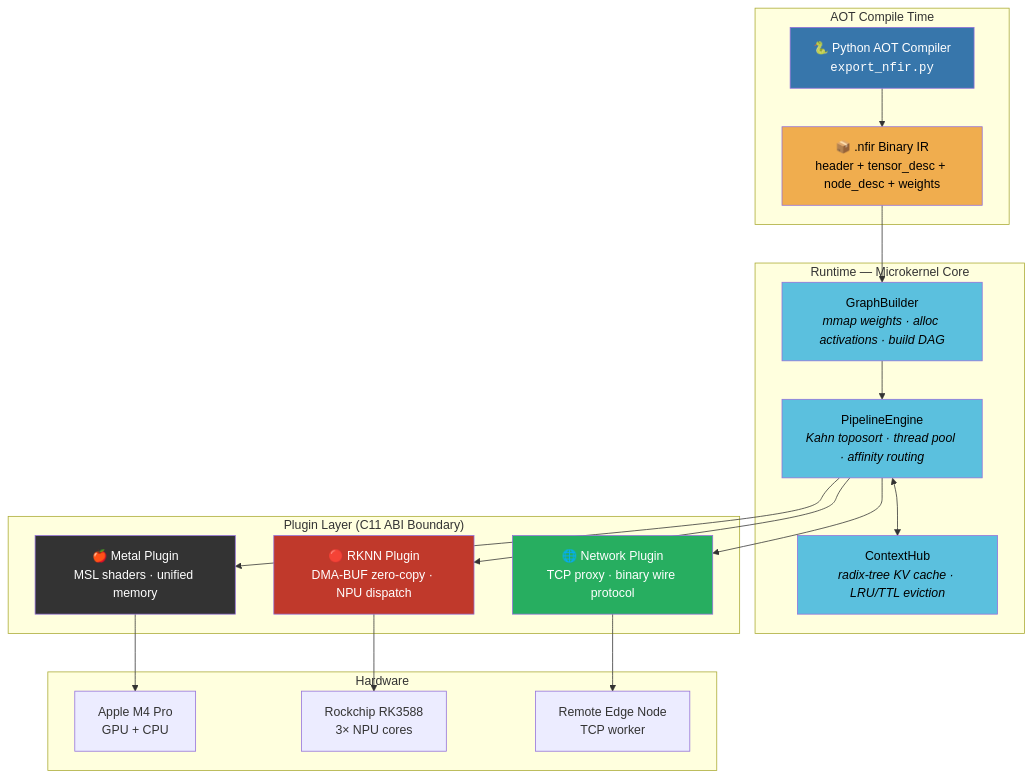
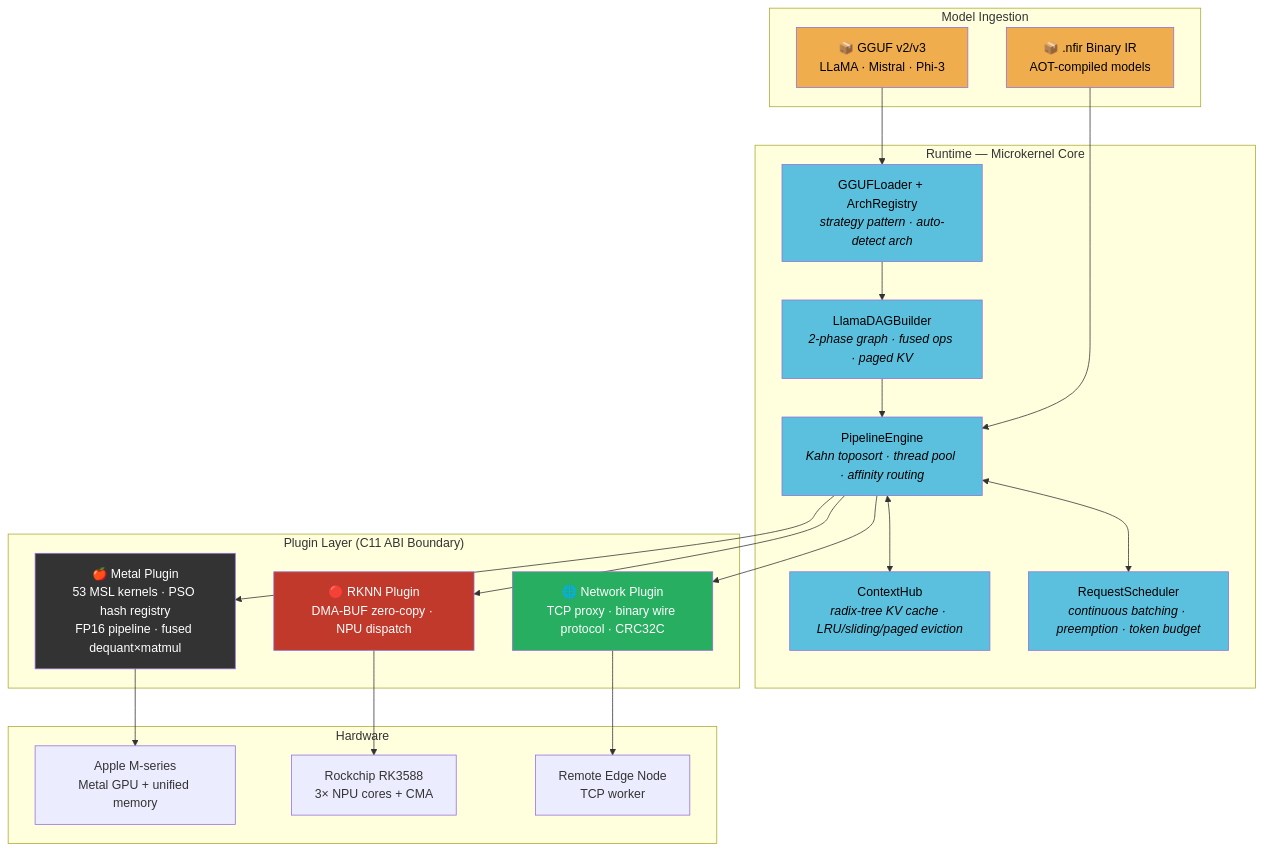
One commit to teslavia/neurofabric changed the diagram in README_EN.md. Above: the diagram before and after it, drawn with Mermaid. The commit also changed other lines of this file and 4 other files, not shown here.

````diff
--- a/README_EN.md
+++ b/README_EN.md
@@ -58,45 +89,50 @@
 ```mermaid
 graph TB
-    subgraph "AOT Compile Time"
-        PY["🐍 Python AOT Compiler<br/><code>export_nfir.py</code>"]
-        NFIR["📦 .nfir Binary IR<br/>header + tensor_desc + node_desc + weights"]
-        PY --> NFIR
+    subgraph "Model Ingestion"
+        GGUF["📦 GGUF v2/v3<br/>LLaMA · Mistral · Phi-3"]
+        NFIR["📦 .nfir Binary IR<br/>AOT-compiled models"]
     end
 
     subgraph "Runtime — Microkernel Core"
-        GB["GraphBuilder<br/><i>mmap weights · alloc activations · build DAG</i>"]
+        LOADER["GGUFLoader + ArchRegistry<br/><i>strategy pattern · auto-detect arch</i>"]
+        DAG["LlamaDAGBuilder<br/><i>2-phase graph · fused ops · paged KV</i>"]
         PE["PipelineEngine<br/><i>Kahn toposort · thread pool · affinity routing</i>"]
-        CH["ContextHub<br/><i>radix-tree KV cache · LRU/TTL eviction</i>"]
-        NFIR --> GB --> PE
+        CH["ContextHub<br/><i>radix-tree KV cache · LRU/sliding/paged eviction</i>"]
+        SCHED["RequestScheduler<br/><i>continuous batching · preemption · token budget</i>"]
+        GGUF --> LOADER --> DAG --> PE
+        NFIR --> PE
         PE <--> CH
+        PE <--> SCHED
     end
 
     subgraph "Plugin Layer (C11 ABI Boundary)"
-        MTL["🍎 Metal Plugin<br/>MSL shaders · unified memory"]
+        MTL["🍎 Metal Plugin<br/>53 MSL kernels · PSO hash registry<br/>FP16 pipeline · fused dequant×matmul"]
         RKNN["🔴 RKNN Plugin<br/>DMA-BUF zero-copy · NPU dispatch"]
-        NET["🌐 Network Plugin<br/>TCP proxy · binary wire protocol"]
+        NET["🌐 Network Plugin<br/>TCP proxy · binary wire protocol · CRC32C"]
     end
 
     PE --> MTL
     PE --> RKNN
     PE --> NET
 
     subgraph "Hardware"
-        M4["Apple M4 Pro<br/>GPU + CPU"]
-        RK["Rockchip RK3588<br/>3× NPU cores"]
+        M4["Apple M-series<br/>Metal GPU + unified memory"]
+        RK["Rockchip RK3588<br/>3× NPU cores + CMA"]
         EDGE["Remote Edge Node<br/>TCP worker"]
     end
 
     MTL --> M4
     RKNN --> RK
     NET --> EDGE
 
-    style PY fill:#3776ab,color:#fff
+    style GGUF fill:#f0ad4e,color:#000
     style NFIR fill:#f0ad4e,color:#000
-    style GB fill:#5bc0de,color:#000
+    style LOADER fill:#5bc0de,color:#000
+    style DAG fill:#5bc0de,color:#000
     style PE fill:#5bc0de,color:#000
     style CH fill:#5bc0de,color:#000
+    style SCHED fill:#5bc0de,color:#000
     style MTL fill:#333,color:#fff
     style RKNN fill:#c0392b,color:#fff
     style NET fill:#27ae60,color:#fff
 ```
````
